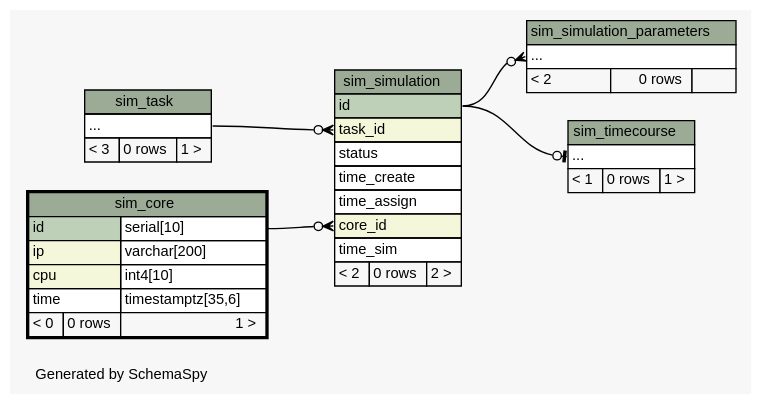
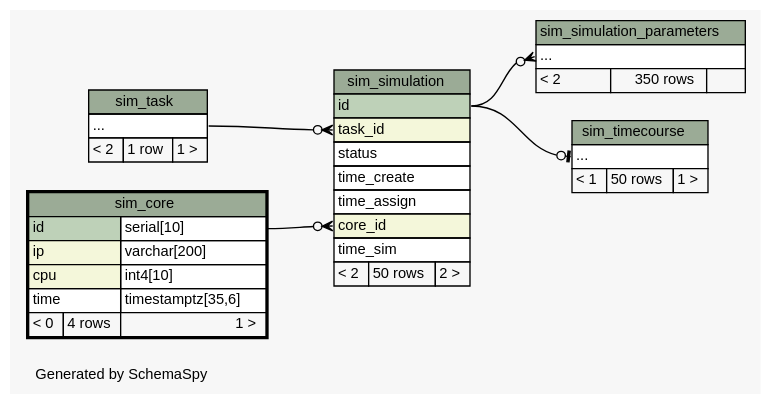
Before and after one commit to jingyayeah/multiscale-galactose: the diagram in database/schema/diagrams/sim_core.2degrees.dot, drawn with Graphviz. The commit also changed 102 other files, not shown here.

Commit message:
Database schema updated

```diff
--- a/database/schema/diagrams/sim_core.2degrees.dot
+++ b/database/schema/diagrams/sim_core.2degrees.dot
@@ -1,85 +1,85 @@
 // dot 2.26.3 on Linux 3.11.0-12-generic
 // SchemaSpy rev 590
 digraph "twoDegreesRelationshipsDiagram" {
   graph [
     rankdir="RL"
     bgcolor="#f7f7f7"
     label="\nGenerated by SchemaSpy"
     labeljust="l"
     nodesep="0.18"
     ranksep="0.46"
     fontname="Helvetica"
     fontsize="11"
   ];
   node [
     fontname="Helvetica"
     fontsize="11"
     shape="plaintext"
   ];
   edge [
     arrowsize="0.8"
   ];
   "sim_simulation":"core_id":w -> "sim_core":"id.type":e [arrowhead=none dir=back arrowtail=crowodot];
   "sim_simulation":"task_id":w -> "sim_task":"elipses":e [arrowhead=none dir=back arrowtail=crowodot];
   "sim_simulation_parameters":"elipses":w -> "sim_simulation":"id":e [arrowhead=none dir=back arrowtail=crowodot];
   "sim_timecourse":"elipses":w -> "sim_simulation":"id":e [arrowhead=none dir=back arrowtail=teeodot];
   "sim_core" [
     label=<
     <TABLE BORDER="2" CELLBORDER="1" CELLSPACING="0" BGCOLOR="#ffffff">
       <TR><TD COLSPAN="3" BGCOLOR="#9bab96" ALIGN="CENTER">sim_core</TD></TR>
       <TR><TD PORT="id" COLSPAN="2" BGCOLOR="#bed1b8" ALIGN="LEFT">id</TD><TD PORT="id.type" ALIGN="LEFT">serial[10]</TD></TR>
       <TR><TD PORT="ip" COLSPAN="2" BGCOLOR="#f4f7da" ALIGN="LEFT">ip</TD><TD PORT="ip.type" ALIGN="LEFT">varchar[200]</TD></TR>
       <TR><TD PORT="cpu" COLSPAN="2" BGCOLOR="#f4f7da" ALIGN="LEFT">cpu</TD><TD PORT="cpu.type" ALIGN="LEFT">int4[10]</TD></TR>
       <TR><TD PORT="time" COLSPAN="2" ALIGN="LEFT">time</TD><TD PORT="time.type" ALIGN="LEFT">timestamptz[35,6]</TD></TR>
-      <TR><TD ALIGN="LEFT" BGCOLOR="#f7f7f7">&lt; 0</TD><TD ALIGN="RIGHT" BGCOLOR="#f7f7f7">0 rows</TD><TD ALIGN="RIGHT" BGCOLOR="#f7f7f7">1 &gt;</TD></TR>
+      <TR><TD ALIGN="LEFT" BGCOLOR="#f7f7f7">&lt; 0</TD><TD ALIGN="RIGHT" BGCOLOR="#f7f7f7">4 rows</TD><TD ALIGN="RIGHT" BGCOLOR="#f7f7f7">1 &gt;</TD></TR>
     </TABLE>>
     URL="sim_core.html"
     tooltip="sim_core"
   ];
   "sim_simulation" [
     label=<
     <TABLE BORDER="0" CELLBORDER="1" CELLSPACING="0" BGCOLOR="#ffffff">
       <TR><TD COLSPAN="3" BGCOLOR="#9bab96" ALIGN="CENTER">sim_simulation</TD></TR>
       <TR><TD PORT="id" COLSPAN="3" BGCOLOR="#bed1b8" ALIGN="LEFT">id</TD></TR>
       <TR><TD PORT="task_id" COLSPAN="3" BGCOLOR="#f4f7da" ALIGN="LEFT">task_id</TD></TR>
       <TR><TD PORT="status" COLSPAN="3" ALIGN="LEFT">status</TD></TR>
       <TR><TD PORT="time_create" COLSPAN="3" ALIGN="LEFT">time_create</TD></TR>
       <TR><TD PORT="time_assign" COLSPAN="3" ALIGN="LEFT">time_assign</TD></TR>
       <TR><TD PORT="core_id" COLSPAN="3" BGCOLOR="#f4f7da" ALIGN="LEFT">core_id</TD></TR>
       <TR><TD PORT="time_sim" COLSPAN="3" ALIGN="LEFT">time_sim</TD></TR>
-      <TR><TD ALIGN="LEFT" BGCOLOR="#f7f7f7">&lt; 2</TD><TD ALIGN="RIGHT" BGCOLOR="#f7f7f7">0 rows</TD><TD ALIGN="RIGHT" BGCOLOR="#f7f7f7">2 &gt;</TD></TR>
+      <TR><TD ALIGN="LEFT" BGCOLOR="#f7f7f7">&lt; 2</TD><TD ALIGN="RIGHT" BGCOLOR="#f7f7f7">50 rows</TD><TD ALIGN="RIGHT" BGCOLOR="#f7f7f7">2 &gt;</TD></TR>
     </TABLE>>
     URL="sim_simulation.html"
     tooltip="sim_simulation"
   ];
   "sim_simulation_parameters" [
     label=<
     <TABLE BORDER="0" CELLBORDER="1" CELLSPACING="0" BGCOLOR="#ffffff">
       <TR><TD COLSPAN="3" BGCOLOR="#9bab96" ALIGN="CENTER">sim_simulation_parameters</TD></TR>
       <TR><TD PORT="elipses" COLSPAN="3" ALIGN="LEFT">...</TD></TR>
-      <TR><TD ALIGN="LEFT" BGCOLOR="#f7f7f7">&lt; 2</TD><TD ALIGN="RIGHT" BGCOLOR="#f7f7f7">0 rows</TD><TD ALIGN="RIGHT" BGCOLOR="#f7f7f7">  </TD></TR>
+      <TR><TD ALIGN="LEFT" BGCOLOR="#f7f7f7">&lt; 2</TD><TD ALIGN="RIGHT" BGCOLOR="#f7f7f7">350 rows</TD><TD ALIGN="RIGHT" BGCOLOR="#f7f7f7">  </TD></TR>
     </TABLE>>
     URL="sim_simulation_parameters.html"
     tooltip="sim_simulation_parameters"
   ];
   "sim_task" [
     label=<
     <TABLE BORDER="0" CELLBORDER="1" CELLSPACING="0" BGCOLOR="#ffffff">
       <TR><TD COLSPAN="3" BGCOLOR="#9bab96" ALIGN="CENTER">sim_task</TD></TR>
       <TR><TD PORT="elipses" COLSPAN="3" ALIGN="LEFT">...</TD></TR>
-      <TR><TD ALIGN="LEFT" BGCOLOR="#f7f7f7">&lt; 3</TD><TD ALIGN="RIGHT" BGCOLOR="#f7f7f7">0 rows</TD><TD ALIGN="RIGHT" BGCOLOR="#f7f7f7">1 &gt;</TD></TR>
+      <TR><TD ALIGN="LEFT" BGCOLOR="#f7f7f7">&lt; 2</TD><TD ALIGN="RIGHT" BGCOLOR="#f7f7f7">1 row</TD><TD ALIGN="RIGHT" BGCOLOR="#f7f7f7">1 &gt;</TD></TR>
     </TABLE>>
     URL="sim_task.html"
     tooltip="sim_task"
   ];
   "sim_timecourse" [
     label=<
     <TABLE BORDER="0" CELLBORDER="1" CELLSPACING="0" BGCOLOR="#ffffff">
       <TR><TD COLSPAN="3" BGCOLOR="#9bab96" ALIGN="CENTER">sim_timecourse</TD></TR>
       <TR><TD PORT="elipses" COLSPAN="3" ALIGN="LEFT">...</TD></TR>
-      <TR><TD ALIGN="LEFT" BGCOLOR="#f7f7f7">&lt; 1</TD><TD ALIGN="RIGHT" BGCOLOR="#f7f7f7">0 rows</TD><TD ALIGN="RIGHT" BGCOLOR="#f7f7f7">1 &gt;</TD></TR>
+      <TR><TD ALIGN="LEFT" BGCOLOR="#f7f7f7">&lt; 1</TD><TD ALIGN="RIGHT" BGCOLOR="#f7f7f7">50 rows</TD><TD ALIGN="RIGHT" BGCOLOR="#f7f7f7">1 &gt;</TD></TR>
     </TABLE>>
     URL="sim_timecourse.html"
     tooltip="sim_timecourse"
   ];
 }
```
